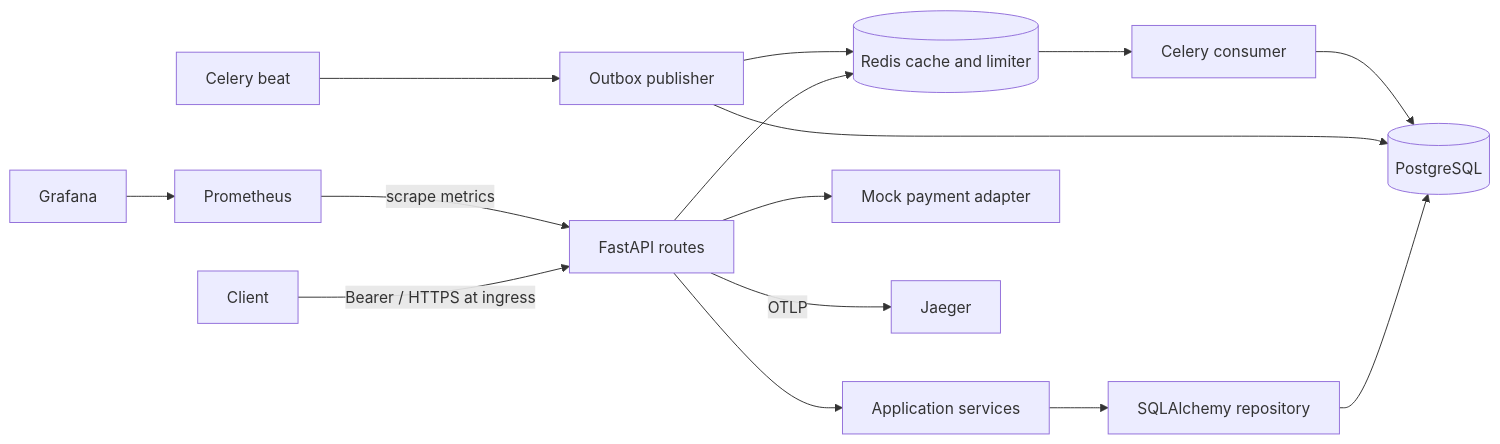
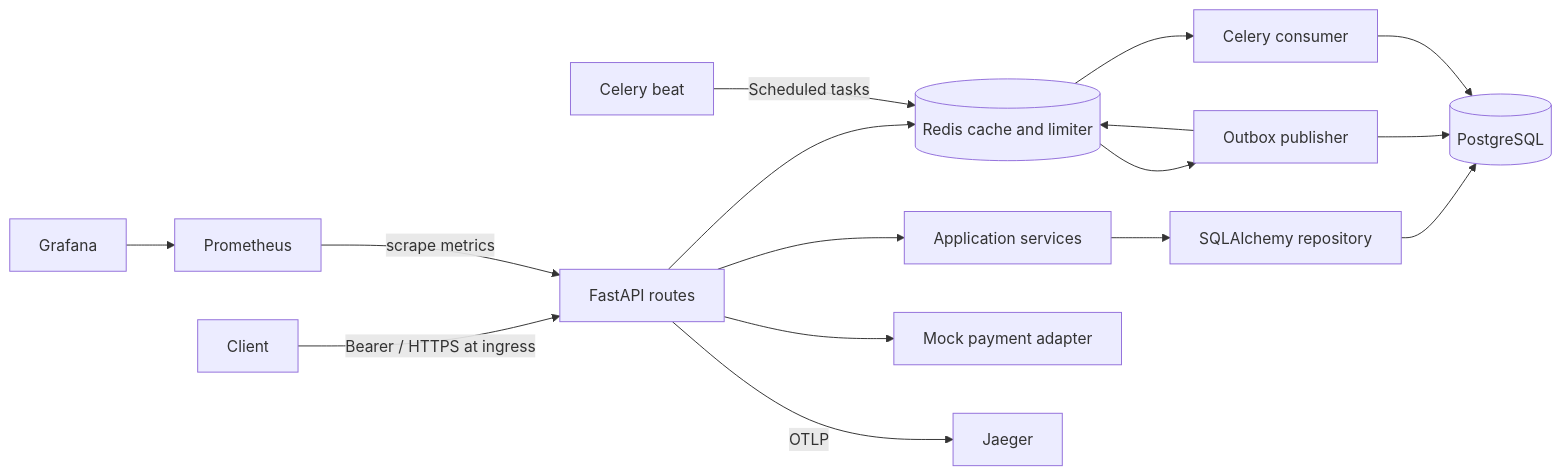
The first of 3 diagrams in docs/architecture.md (Hari99-ai/ai-assiment), drawn with Mermaid before and after one commit. The commit also changed other lines of this file, not shown here.

Commit message:
Update architecture documentation with detailed scope, system design, and deployment readiness

````diff
--- a/docs/architecture.md
+++ b/docs/architecture.md
@@ -9,17 +21,18 @@
 ```mermaid
 flowchart LR
   Client -->|Bearer / HTTPS at ingress| API[FastAPI routes]
   API --> Services[Application services]
   Services --> Repository[SQLAlchemy repository]
   Repository --> PG[(PostgreSQL)]
   API --> Redis[(Redis cache and limiter)]
-  Beat[Celery beat] --> Publisher[Outbox publisher]
+  Beat[Celery beat] -->|Scheduled tasks| Redis
+  Redis --> Publisher[Outbox publisher]
   Publisher --> PG
   Publisher --> Redis
   Redis --> Worker[Celery consumer]
   Worker --> PG
   API --> Mock[Mock payment adapter]
   Prometheus -->|scrape metrics| API
   Grafana --> Prometheus
   API -->|OTLP| Jaeger
 ```
````
